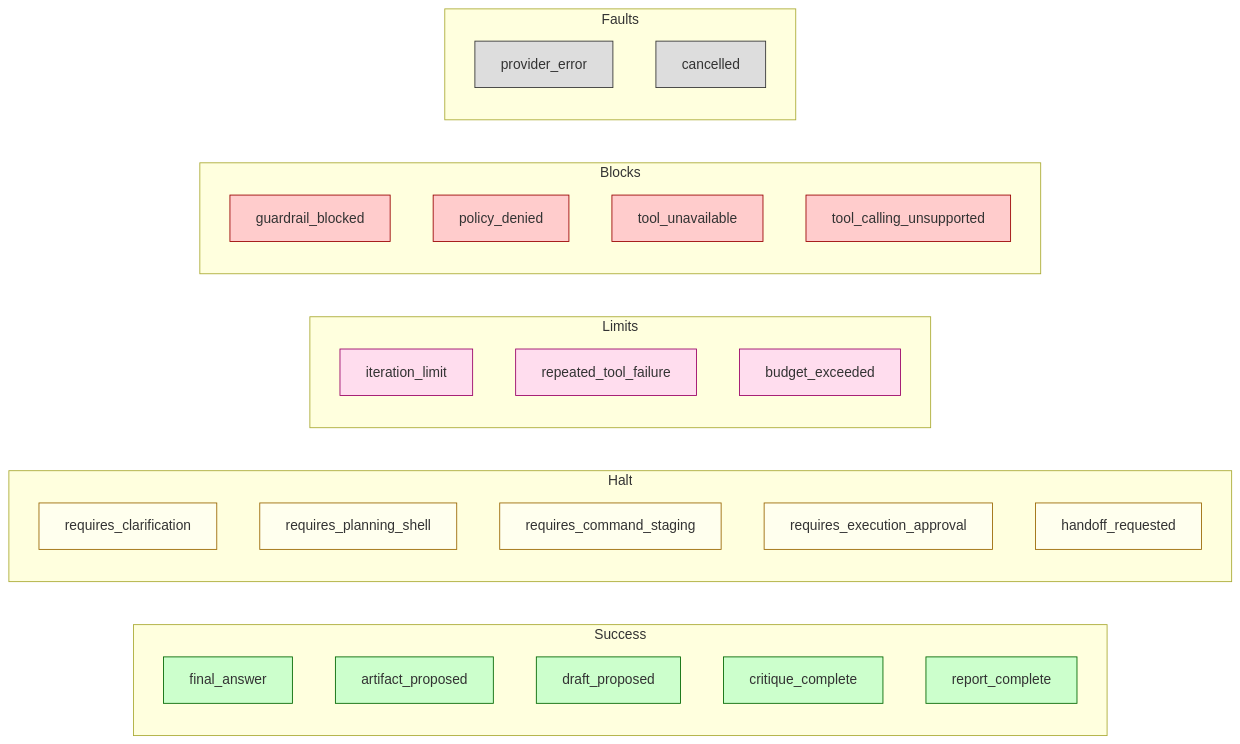
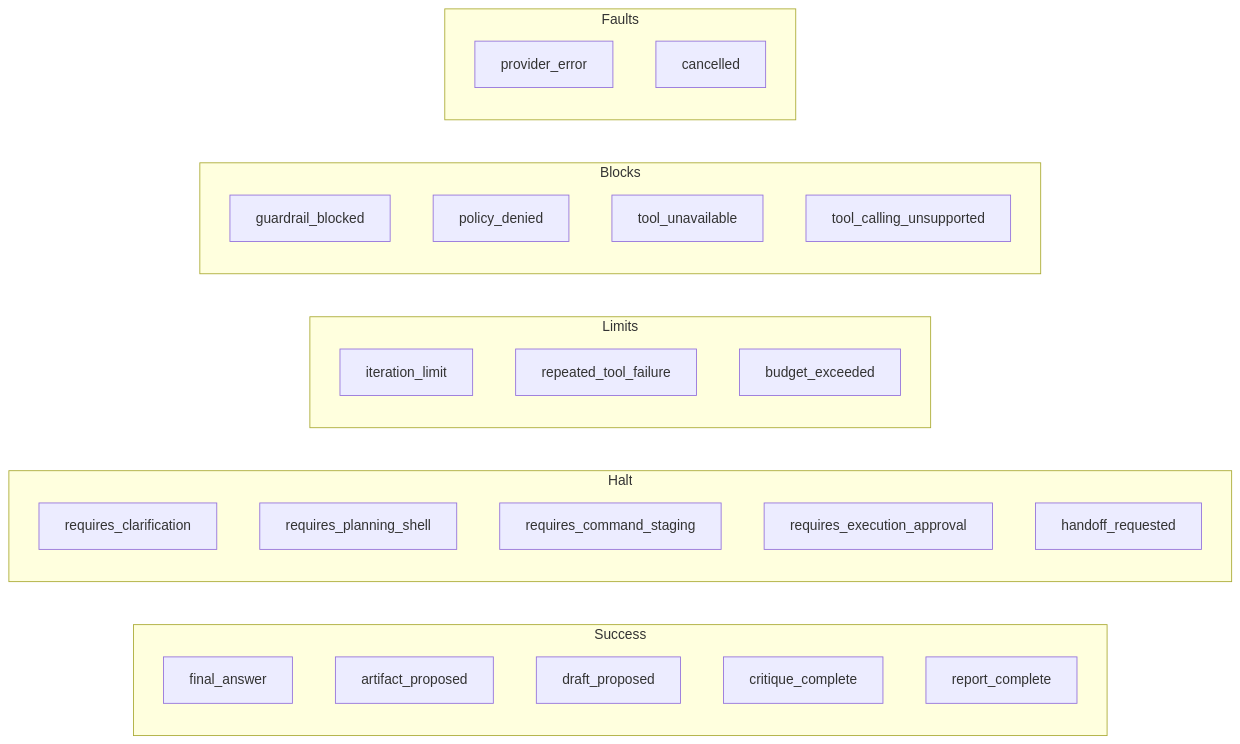
Before and after one commit to vardan6/uxv-agent: the fifth of 8 diagrams in docs/components/ai-agent/internals/graph-spec.md, drawn with Mermaid. The commit also changed other lines of this file and 34 other files, not shown here.

````diff
--- a/docs/components/ai-agent/internals/graph-spec.md
+++ b/docs/components/ai-agent/internals/graph-spec.md
@@ -413,43 +229,32 @@
 ```mermaid
 flowchart LR
     subgraph Success
       FA[final_answer]
       AP[artifact_proposed]
       DP[draft_proposed]
       CC[critique_complete]
       RC[report_complete]
     end
     subgraph Halt
       RQ[requires_clarification]
       RPS[requires_planning_shell]
       RCS[requires_command_staging]
       REA[requires_execution_approval]
       HR[handoff_requested]
     end
     subgraph Limits
       IL[iteration_limit]
       RTF[repeated_tool_failure]
       BE[budget_exceeded]
     end
     subgraph Blocks
       GB[guardrail_blocked]
       PD[policy_denied]
       TU[tool_unavailable]
       TCU[tool_calling_unsupported]
     end
     subgraph Faults
       PE[provider_error]
       CX[cancelled]
     end
-
-    classDef ok fill:#cfc,stroke:#060
-    classDef pause fill:#ffe,stroke:#960
-    classDef cap fill:#fde,stroke:#906
-    classDef block fill:#fcc,stroke:#900
-    classDef fault fill:#ddd,stroke:#333
-    class FA,AP,DP,CC,RC ok
-    class RQ,RPS,RCS,REA,HR pause
-    class IL,RTF,BE cap
-    class GB,PD,TU,TCU block
-    class PE,CX fault
 ```
````
